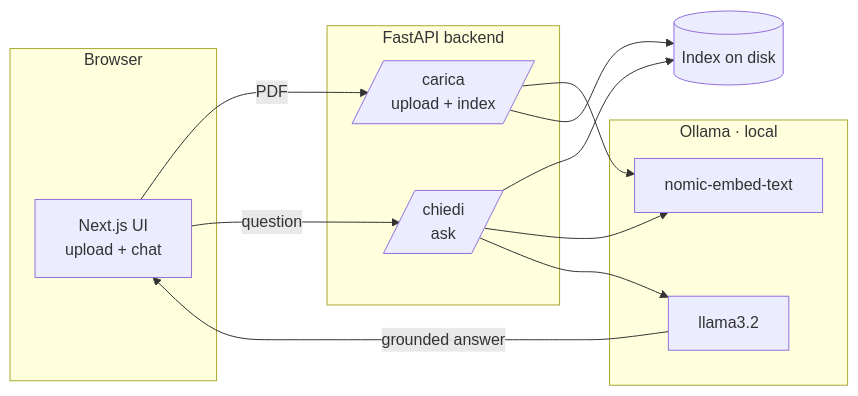
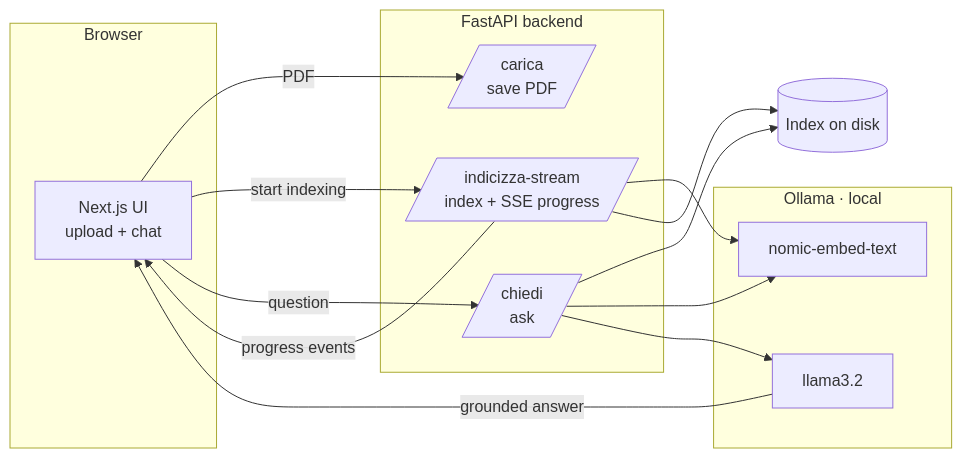
One commit to LeoDS99/arcane-famAIliar changed the diagram in README.md. Above: the diagram before and after it, drawn with Mermaid. The commit also changed other lines of this file and 1 other file, not shown here.

````diff
--- a/README.md
+++ b/README.md
@@ -17,23 +17,26 @@
 ```mermaid
 flowchart LR
     subgraph Browser
         UI[Next.js UI<br/>upload + chat]
     end
     subgraph Backend[FastAPI backend]
-        UP[/carica<br/>upload + index/]
+        UP[/carica<br/>save PDF/]
+        IDXS[/indicizza-stream<br/>index + SSE progress/]
         ASK[/chiedi<br/>ask/]
     end
     subgraph Ollama[Ollama · local]
         EMB[nomic-embed-text]
         GEN[llama3.2]
     end
 
     UI -->|PDF| UP
-    UP --> EMB
-    UP --> IDX[(Index on disk)]
+    UI -->|start indexing| IDXS
+    IDXS -->|progress events| UI
+    IDXS --> EMB
+    IDXS --> IDX[(Index on disk)]
     UI -->|question| ASK
     ASK --> IDX
     ASK --> EMB
     ASK --> GEN
     GEN -->|grounded answer| UI
 ```
````
